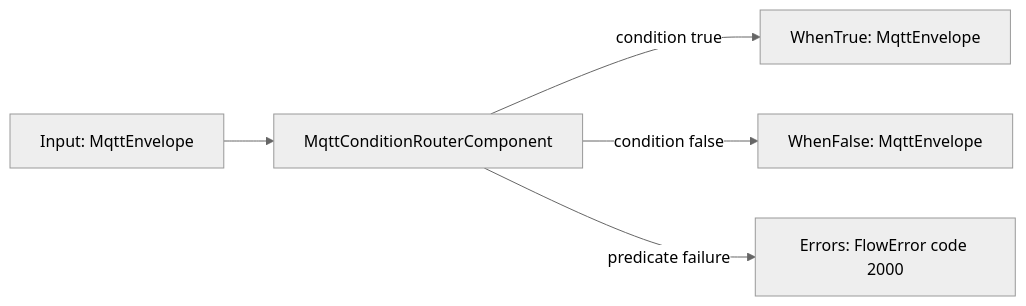
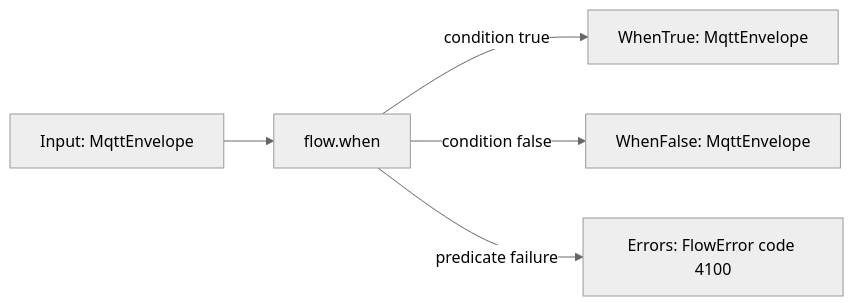
The sixth of 19 diagrams in docs/flow-components.md (araxis/FluxMq), drawn with Mermaid (neutral theme) before and after one commit. The commit also changed other lines of this file and 35 other files, not shown here.

````diff
--- a/docs/flow-components.md
+++ b/docs/flow-components.md
@@ -233,7 +233,7 @@
 ```mermaid
 flowchart LR
-    In["Input: MqttEnvelope"] --> Router["MqttConditionRouterComponent"]
+    In["Input: MqttEnvelope"] --> Router["flow.when"]
     Router -->|condition true| True["WhenTrue: MqttEnvelope"]
     Router -->|condition false| False["WhenFalse: MqttEnvelope"]
-    Router -->|predicate failure| Errors["Errors: FlowError code 2000"]
+    Router -->|predicate failure| Errors["Errors: FlowError code 4100"]
 ```
````
